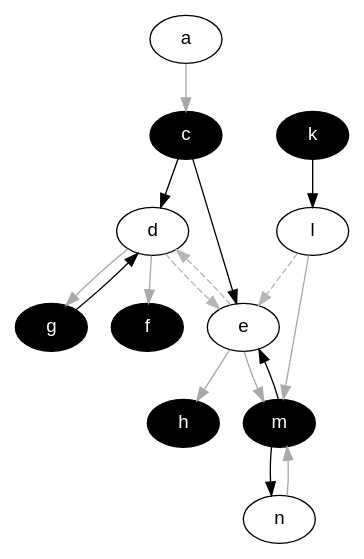
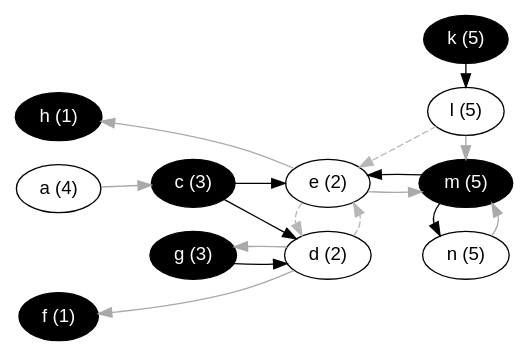
One commit to idaks/Games-and-Argumentation changed the diagram in lib/graphs/kernel_pw1_graph_colored.dot. Above: the diagram before and after it, drawn with Graphviz. The commit also changed 33 other files, not shown here.

```diff
--- a/lib/graphs/kernel_pw1_graph_colored.dot
+++ b/lib/graphs/kernel_pw1_graph_colored.dot
@@ -1,24 +1,41 @@
 digraph G {
+  rankdir="LR"
   node [shape=oval style=filled fontname=Helvetica fontsize=14]
-  node [fillcolor="#ffffff" fontcolor="#000000"] a l d e n;
-  node [fillcolor="#000000" fontcolor="#ffffff"] c k m f g h;
+  node [fillcolor="#ffffff" fontcolor="#000000"] 
+       a[label="a (4)"] 
+       l[label="l (5)"] 
+       d[label="d (2)"] 
+       e[label="e (2)"] 
+       n[label="n (5)"];
+  node [fillcolor="#000000" fontcolor="#ffffff"] 
+       c[label="c (3)"] 
+       k[label="k (5)"] 
+       m[label="m (5)"] 
+       f[label="f (1)"] 
+       g[label="g (3)"] 
+       h[label="h (1)"];
   edge [dir=forward, color="#A9A9A9", style="solid"]
         "a" -> "c";
         "l" -> "m";
         "e" -> "m";
         "d" -> "f";
         "d" -> "g";
         "e" -> "h";
         "n" -> "m";
   edge [dir=forward, color="#000000", style="solid"]
         "k" -> "l";
         "c" -> "d";
         "c" -> "e";
         "m" -> "e";
         "g" -> "d";
         "m" -> "n";
   edge [dir=forward, color="#b7b7b7", style="dashed"]
         "l" -> "e";
         "d" -> "e";
         "e" -> "d";
+
+  {rank = min; f; h}
+  {rank = same; d; e}
+  {rank = same; c; g}
+  {rank = max; k; l; m; n}
 }
```
